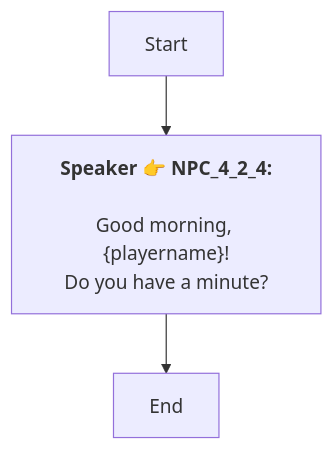
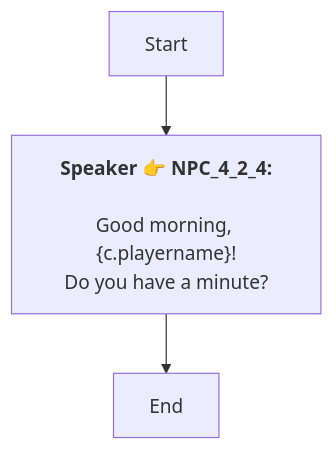
The diagram in En/Dialog_55274881955692.md (SoftHu/tos_avg), drawn with Mermaid before and after one commit. The commit also changed 410 other files, not shown here.

````diff
--- a/En/Dialog_55274881955692.md
+++ b/En/Dialog_55274881955692.md
@@ -1,8 +1,8 @@
 ```mermaid
 graph
 Start -->1768796544022523[<b>Speaker 👉 NPC_4_2_4:</b>
-\nGood morning, &lbrace;playername&rbrace;!
+\nGood morning, &lbrace;c.playername&rbrace;!
 Do you have a minute?]
 1768796544022523 -->1768796546813948[End]
 
 ```
````
